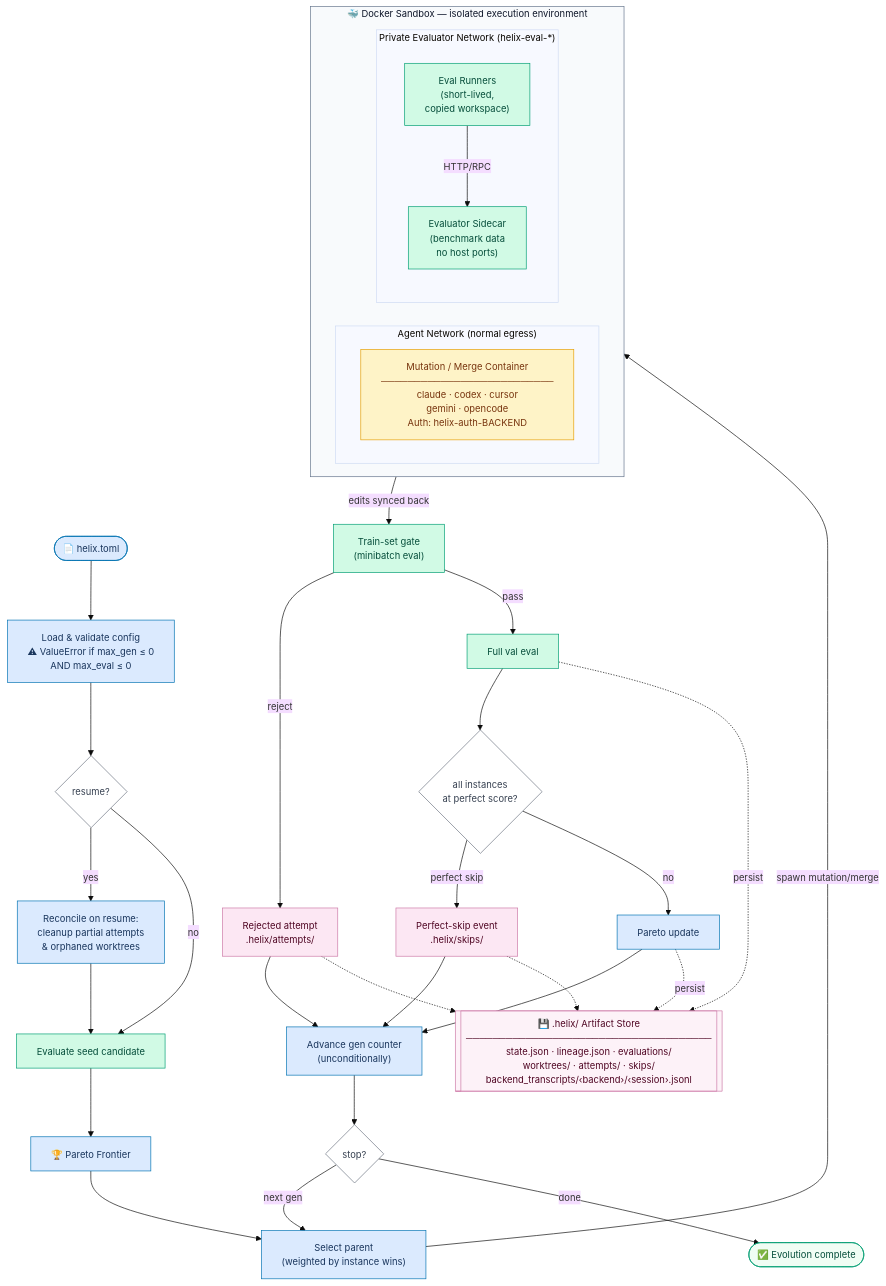
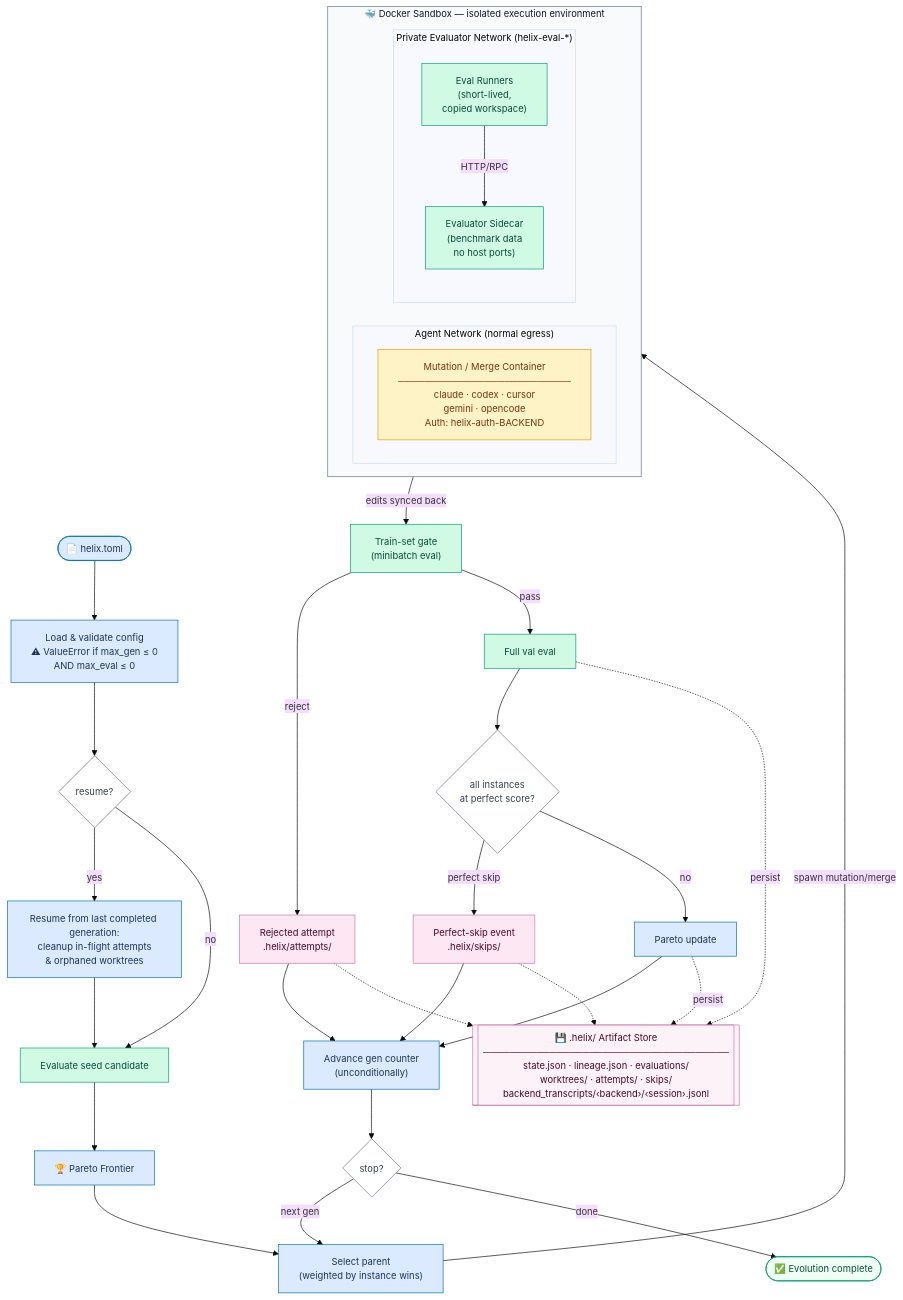
The diagram in README.md (KE7/helix), drawn with Mermaid before and after one commit. The commit also changed other lines of this file and 4 other files, not shown here.

````diff
--- a/README.md
+++ b/README.md
@@ -81,76 +81,76 @@
 ```mermaid
 %%{init: {'theme': 'base', 'themeVariables': {'fontSize': '14px'}}}%%
 flowchart TD
     classDef host fill:#dbeafe,stroke:#0072B2,color:#1a365d
     classDef eval fill:#d1fae5,stroke:#009E73,color:#064e3b
     classDef agent fill:#fef3c7,stroke:#E69F00,color:#78350f
     classDef artifact fill:#fce7f3,stroke:#CC79A7,color:#500724
     classDef dec fill:#ffffff,stroke:#6b7280,color:#374151
     classDef ok fill:#f0fdf4,stroke:#009E73,color:#064e3b
 
     %% ── Phase 1: Startup ─────────────────────────────────────────────────────────
     CFG(["📄 helix.toml"]):::host
     LOAD["Load & validate config\n⚠ ValueError if max_gen ≤ 0\nAND max_eval ≤ 0"]:::host
     RES{"resume?"}:::dec
-    REC["Reconcile on resume:\ncleanup partial attempts\n& orphaned worktrees"]:::host
+    REC["Resume from last completed generation:\ncleanup in-flight attempts\n& orphaned worktrees"]:::host
     SEED["Evaluate seed candidate"]:::eval
     FRONT["🏆 Pareto Frontier"]:::host
 
     CFG --> LOAD --> RES
     RES -->|yes| REC --> SEED
     RES -->|no| SEED
     SEED --> FRONT
 
     %% ── Phase 2: Generation loop — select parent ─────────────────────────────────
     SEL["Select parent\n(weighted by instance wins)"]:::host
     FRONT --> SEL
 
     %% ── Phase 3: Docker Sandbox — isolated execution ─────────────────────────────
     subgraph DOCKER["🐳  Docker Sandbox  —  isolated execution environment"]
         direction LR
         subgraph ANET["  Agent Network  (normal egress)  "]
             AGENT["Mutation / Merge Container\n──────────────────────────\nclaude · codex · cursor\ngemini · opencode\nAuth: helix-auth-BACKEND"]:::agent
         end
         subgraph ENET["  Private Evaluator Network  (helix-eval-*)  "]
             ERUN["Eval Runners\n(short-lived,\ncopied workspace)"]:::eval
             ESVC["Evaluator Sidecar\n(benchmark data\nno host ports)"]:::eval
             ERUN -->|"HTTP/RPC"| ESVC
         end
     end
     style DOCKER fill:#f8fafc,stroke:#64748b,color:#0f172a
 
     SEL -->|"spawn mutation/merge"| AGENT
     AGENT -->|"edits synced back"| GATE
 
     %% ── Phase 4: Evaluate & update ───────────────────────────────────────────────
     GATE["Train-set gate\n(minibatch eval)"]:::eval
     AREC["Rejected attempt\n.helix/attempts/"]:::artifact
     VEVAL["Full val eval"]:::eval
     PERF{"all instances\nat perfect score?"}:::dec
     SREC["Perfect-skip event\n.helix/skips/"]:::artifact
     PUPD["Pareto update"]:::host
     ADV["Advance gen counter\n(unconditionally)"]:::host
     STOPDEC{"stop?"}:::dec
     DONE(["✅  Evolution complete"]):::ok
 
     GATE -->|"reject"| AREC
     GATE -->|"pass"| VEVAL --> PERF
     PERF -->|"perfect skip"| SREC
     PERF -->|"no"| PUPD
 
     AREC --> ADV
     SREC --> ADV
     PUPD --> ADV
     ADV --> STOPDEC
     STOPDEC -->|"next gen"| SEL
     STOPDEC -->|"done"| DONE
 
     %% ── .helix/ Artifact Store ───────────────────────────────────────────────────
     ARTS[["💾 .helix/ Artifact Store\n─────────────────────────────────────\nstate.json · lineage.json · evaluations/\nworktrees/ · attempts/ · skips/\nbackend_transcripts/‹backend›/‹session›.jsonl"]]:::artifact
     style ARTS fill:#fdf2f8,stroke:#CC79A7,color:#500724
 
     PUPD -.->|"persist"| ARTS
     VEVAL -.->|"persist"| ARTS
     AREC -.-> ARTS
     SREC -.-> ARTS
 ```
````
